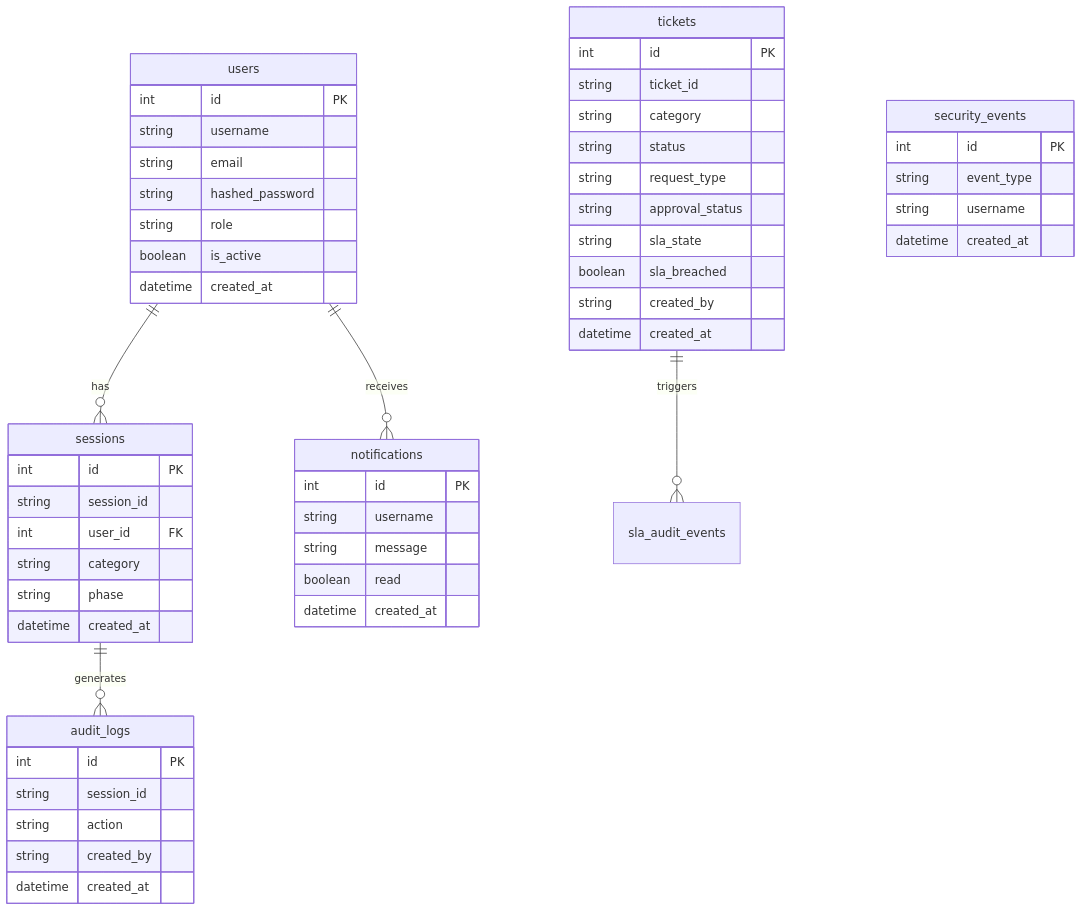
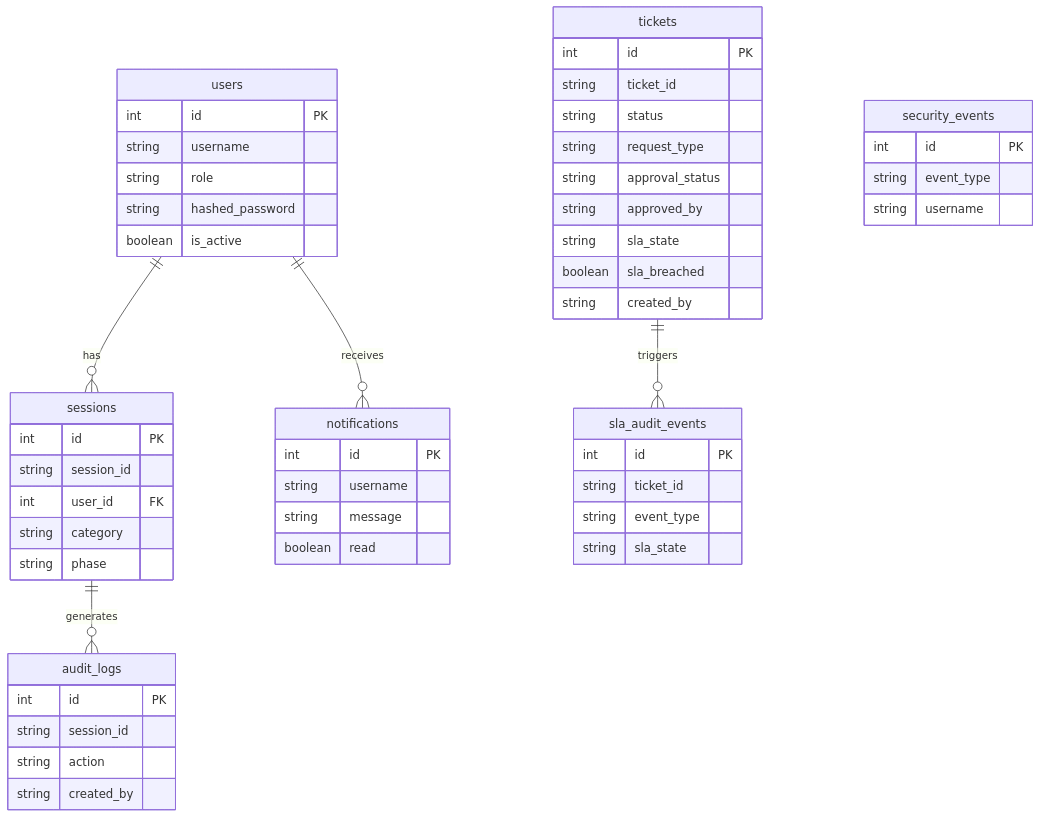
The diagram in docs/Database.md (raghvendrabhati02/bridgestone-it-agent), drawn with Mermaid before and after one commit. The commit also changed other lines of this file and 361 other files, not shown here.

````diff
--- a/docs/Database.md
+++ b/docs/Database.md
@@ -375,62 +337,62 @@
 ```mermaid
 erDiagram
     users {
         int id PK
         string username
-        string email
+        string role
         string hashed_password
-        string role
         boolean is_active
-        datetime created_at
     }
 
     tickets {
         int id PK
         string ticket_id
-        string category
         string status
         string request_type
         string approval_status
+        string approved_by
         string sla_state
         boolean sla_breached
         string created_by
-        datetime created_at
     }
 
     sessions {
         int id PK
         string session_id
         int user_id FK
         string category
         string phase
-        datetime created_at
     }
 
     audit_logs {
         int id PK
         string session_id
         string action
         string created_by
-        datetime created_at
     }
 
     notifications {
         int id PK
         string username
         string message
         boolean read
-        datetime created_at
     }
 
     security_events {
         int id PK
         string event_type
         string username
-        datetime created_at
+    }
+
+    sla_audit_events {
+        int id PK
+        string ticket_id
+        string event_type
+        string sla_state
     }
 
     users ||--o{ sessions : "has"
     users ||--o{ notifications : "receives"
     sessions ||--o{ audit_logs : "generates"
     tickets ||--o{ sla_audit_events : "triggers"
 ```
````
